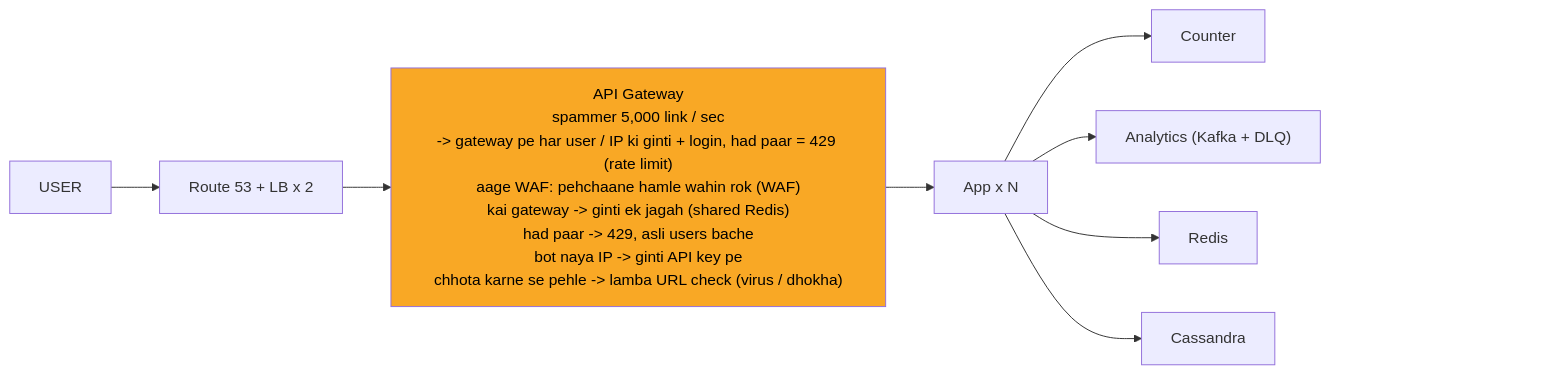
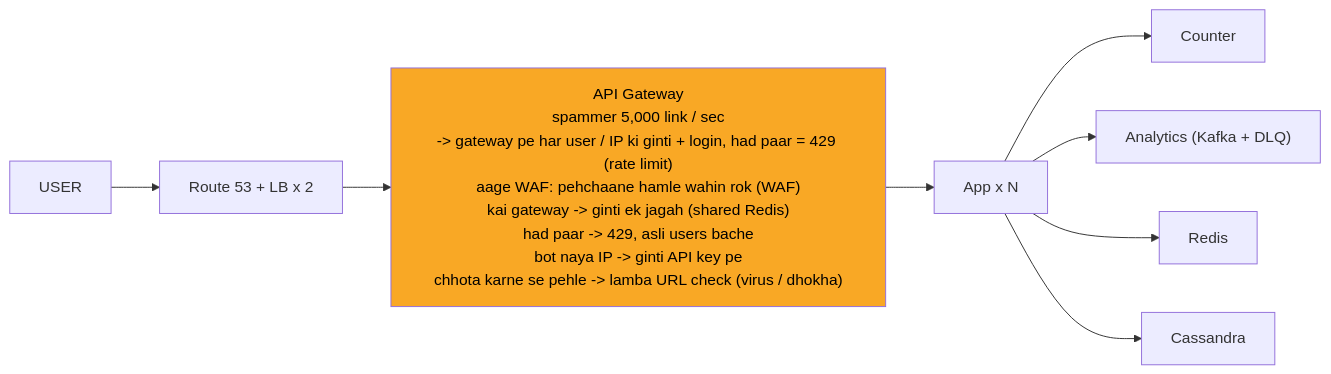
Before and after one commit to ArpanMaheshwari144/Prep: the ninth of 10 diagrams in 04_HLD/SYSTEM_DESIGNS/01_url_shortener/01_url_shortener.md, drawn with Mermaid. The commit also changed other lines of this file and 182 other files, not shown here.

Commit message:
hld 14 file: har diagram mermaid-cli se SVG image (source details me), n_pad hataya, render tool 04_HLD/tools

````diff
--- a/04_HLD/SYSTEM_DESIGNS/01_url_shortener/01_url_shortener.md
+++ b/04_HLD/SYSTEM_DESIGNS/01_url_shortener/01_url_shortener.md
@@ -430,23 +466,20 @@
 ```mermaid
 %%{init: {"flowchart": {"wrappingWidth": 450}}}%%
 flowchart LR
     n_USER["USER"]
     n_EDGE["Route 53 + LB x 2"]
     n_API_Gateway["API Gateway<br/>spammer 5,000 link / sec<br/>-> gateway pe har user / IP ki ginti + login, had paar = 429 (rate limit)<br/>aage WAF: pehchaane hamle wahin rok (WAF)<br/>kai gateway -> ginti ek jagah (shared Redis)<br/>had paar -> 429, asli users bache<br/>bot naya IP -> ginti API key pe<br/>chhota karne se pehle -> lamba URL check (virus / dhokha)"]
     n_App_xN["App x N"]
     n_Counter["Counter"]
     n_ANA["Analytics (Kafka + DLQ)"]
     n_Redis["Redis"]
     n_Cassandra["Cassandra"]
     n_USER --> n_EDGE
     n_EDGE --> n_API_Gateway
     n_API_Gateway --> n_App_xN
     n_App_xN --> n_Counter
     n_App_xN --> n_ANA
     n_App_xN --> n_Redis
     n_App_xN --> n_Cassandra
-    n_pad["xxxxxxxxxxxxxxxx"]
-    n_Cassandra ~~~ n_pad
     style n_API_Gateway fill:#f9a825,color:#000
-    style n_pad fill:none,stroke:none,color:#ffffff00
 ```
````
